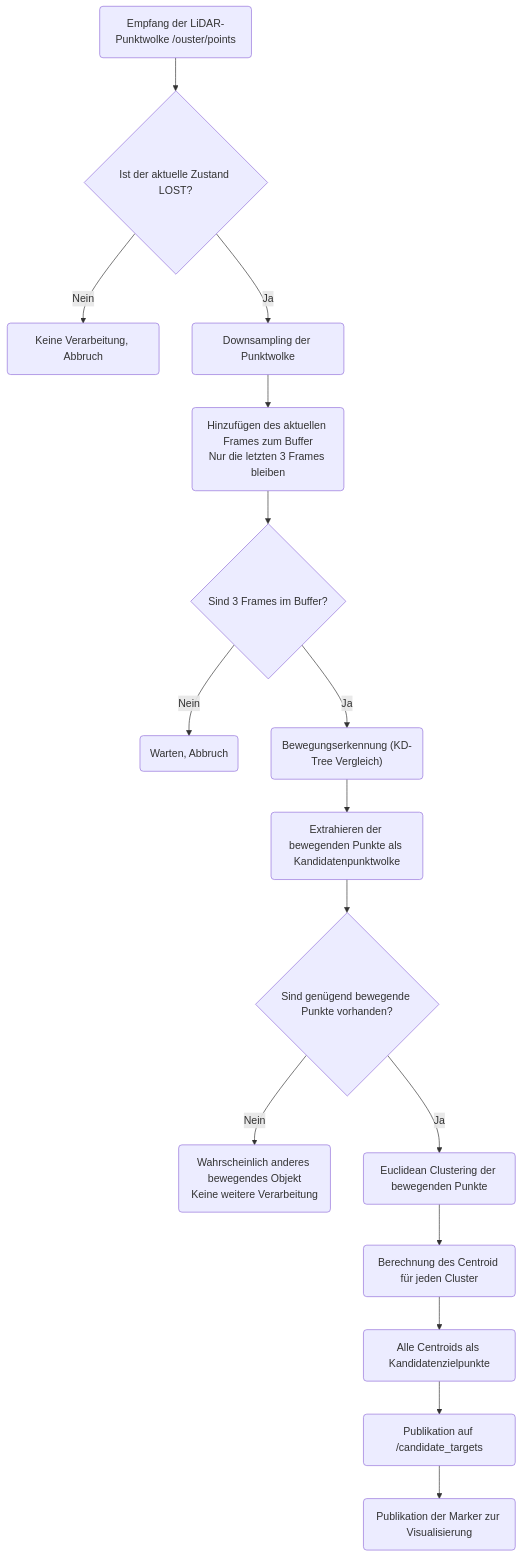
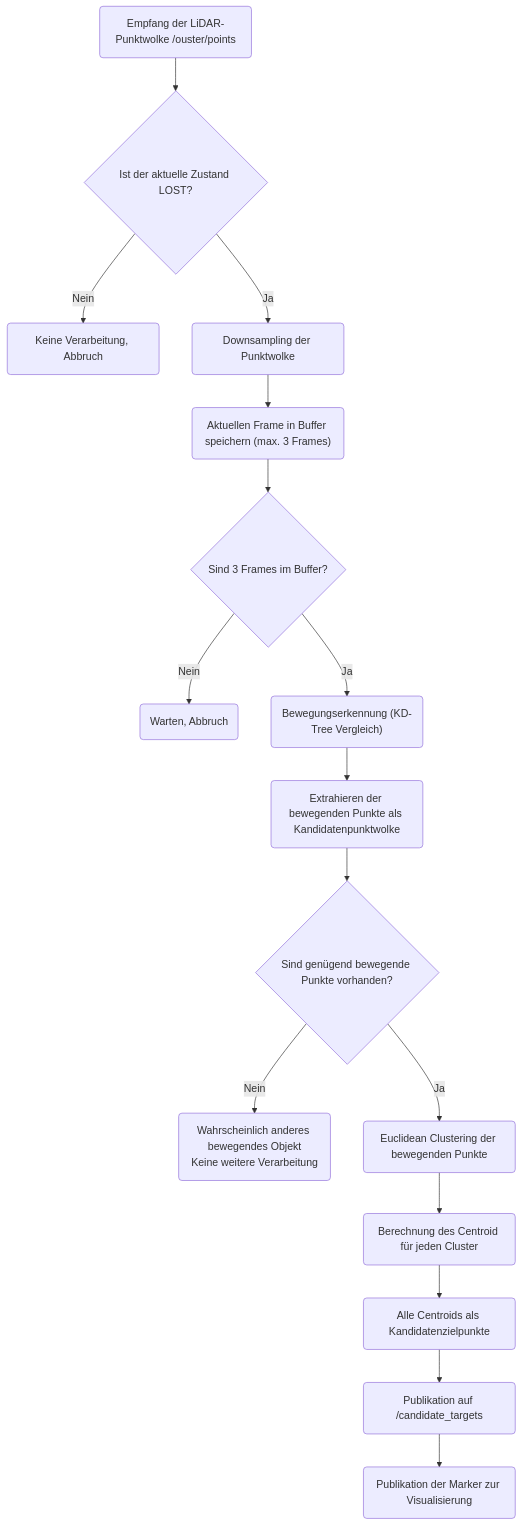
One commit to RenhongLiu/iodraw-files changed the diagram in all/未命名-2.md. Above: the diagram before and after it, drawn with Mermaid.

Commit message:
2025-07-26 23:35:32 update

````diff
--- a/all/未命名-2.md
+++ b/all/未命名-2.md
@@ -1,19 +1,19 @@
 ```mermaid
 flowchart TD
     A("Empfang der LiDAR-Punktwolke /ouster/points") --> B{Ist der aktuelle Zustand LOST?}
     B -- Nein --> Z("Keine Verarbeitung, Abbruch")
     B -- Ja --> C("Downsampling der Punktwolke")
-    C --> D("Hinzufügen des aktuellen Frames zum Buffer<br/>Nur die letzten 3 Frames bleiben")
+    C --> D("Aktuellen Frame in Buffer speichern (max. 3 Frames)")
     D --> E{Sind 3 Frames im Buffer?}
     E -- Nein --> Z1("Warten, Abbruch")
     E -- Ja --> F("Bewegungserkennung (KD-Tree Vergleich)")
     F --> G("Extrahieren der bewegenden Punkte als Kandidatenpunktwolke")
     G --> H{Sind genügend bewegende Punkte vorhanden?}
     H -- Nein --> Y("Wahrscheinlich anderes bewegendes Objekt<br/>Keine weitere Verarbeitung")
     H -- Ja --> I("Euclidean Clustering der bewegenden Punkte")
     I --> J("Berechnung des Centroid für jeden Cluster")
     J --> K("Alle Centroids als Kandidatenzielpunkte")
     K --> L("Publikation auf /candidate_targets")
     L --> M("Publikation der Marker zur Visualisierung")
 
 ```
````
